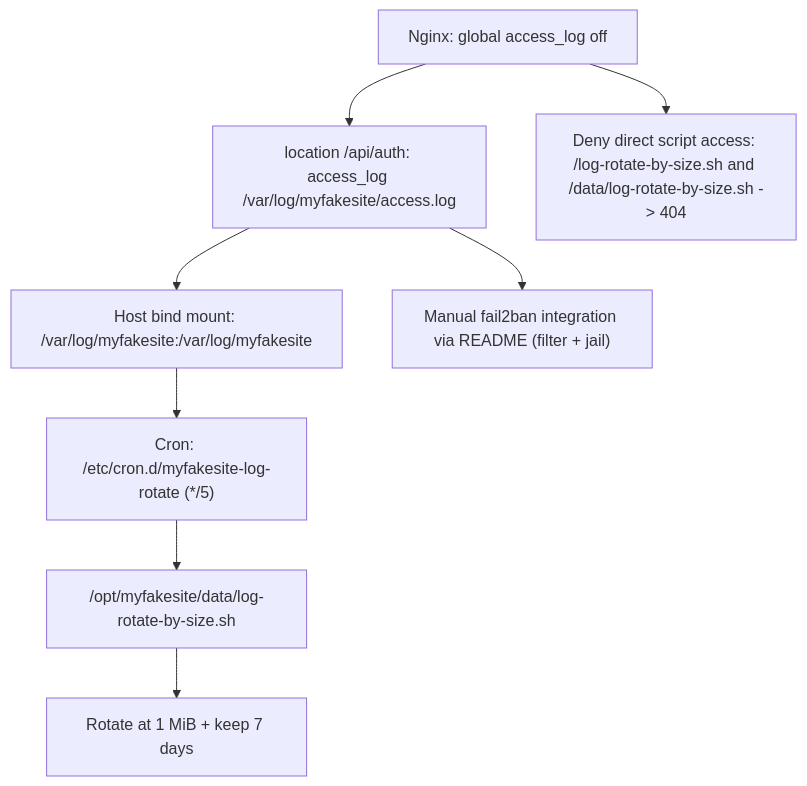
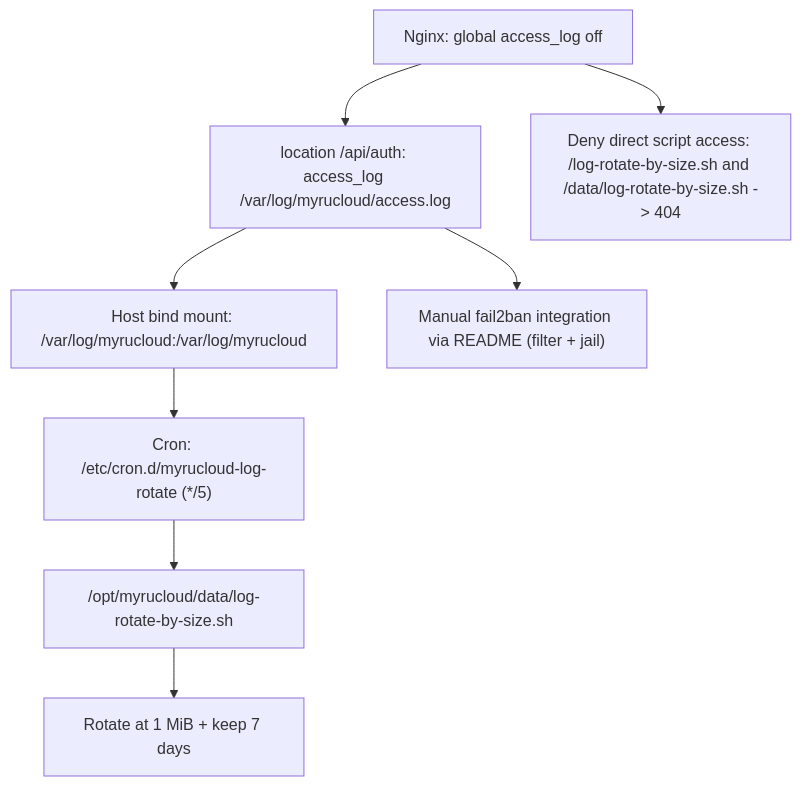
Before and after one commit to Armruswest2024/RuCloud: the first of 12 diagrams in docs/architecture.md, drawn with Mermaid. The commit also changed other lines of this file and 12 other files, not shown here.

````diff
--- a/docs/architecture.md
+++ b/docs/architecture.md
@@ -6,10 +6,10 @@
 ```mermaid
 flowchart TD
-  A["Nginx: global access_log off"] --> B["location /api/auth: access_log /var/log/myfakesite/access.log"]
-  B --> C["Host bind mount: /var/log/myfakesite:/var/log/myfakesite"]
-  C --> D["Cron: /etc/cron.d/myfakesite-log-rotate (*/5)"]
-  D --> E["/opt/myfakesite/data/log-rotate-by-size.sh"]
+  A["Nginx: global access_log off"] --> B["location /api/auth: access_log /var/log/myrucloud/access.log"]
+  B --> C["Host bind mount: /var/log/myrucloud:/var/log/myrucloud"]
+  C --> D["Cron: /etc/cron.d/myrucloud-log-rotate (*/5)"]
+  D --> E["/opt/myrucloud/data/log-rotate-by-size.sh"]
   E --> F["Rotate at 1 MiB + keep 7 days"]
   B --> G["Manual fail2ban integration via README (filter + jail)"]
   A --> H["Deny direct script access: /log-rotate-by-size.sh and /data/log-rotate-by-size.sh -> 404"]
 ```
````
